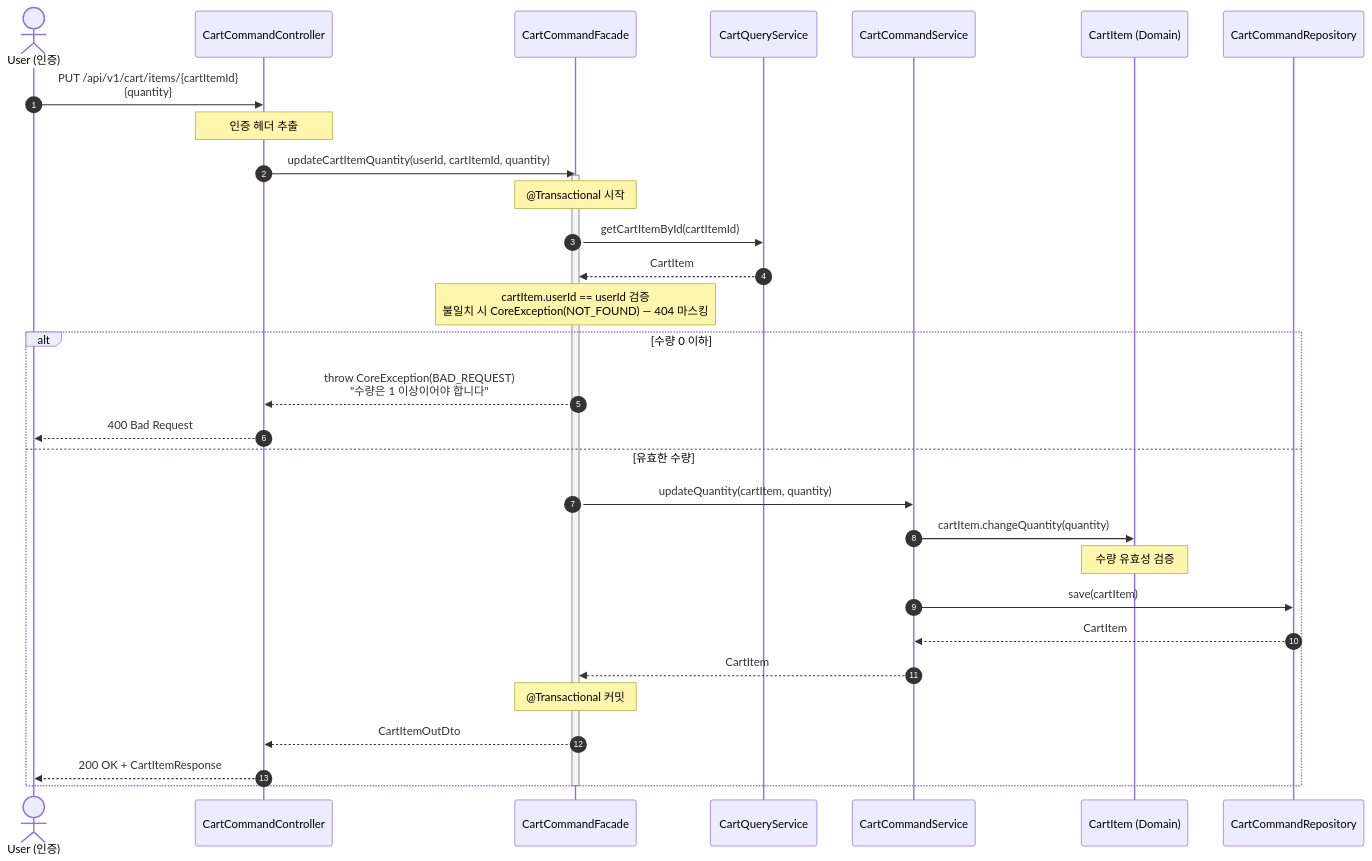
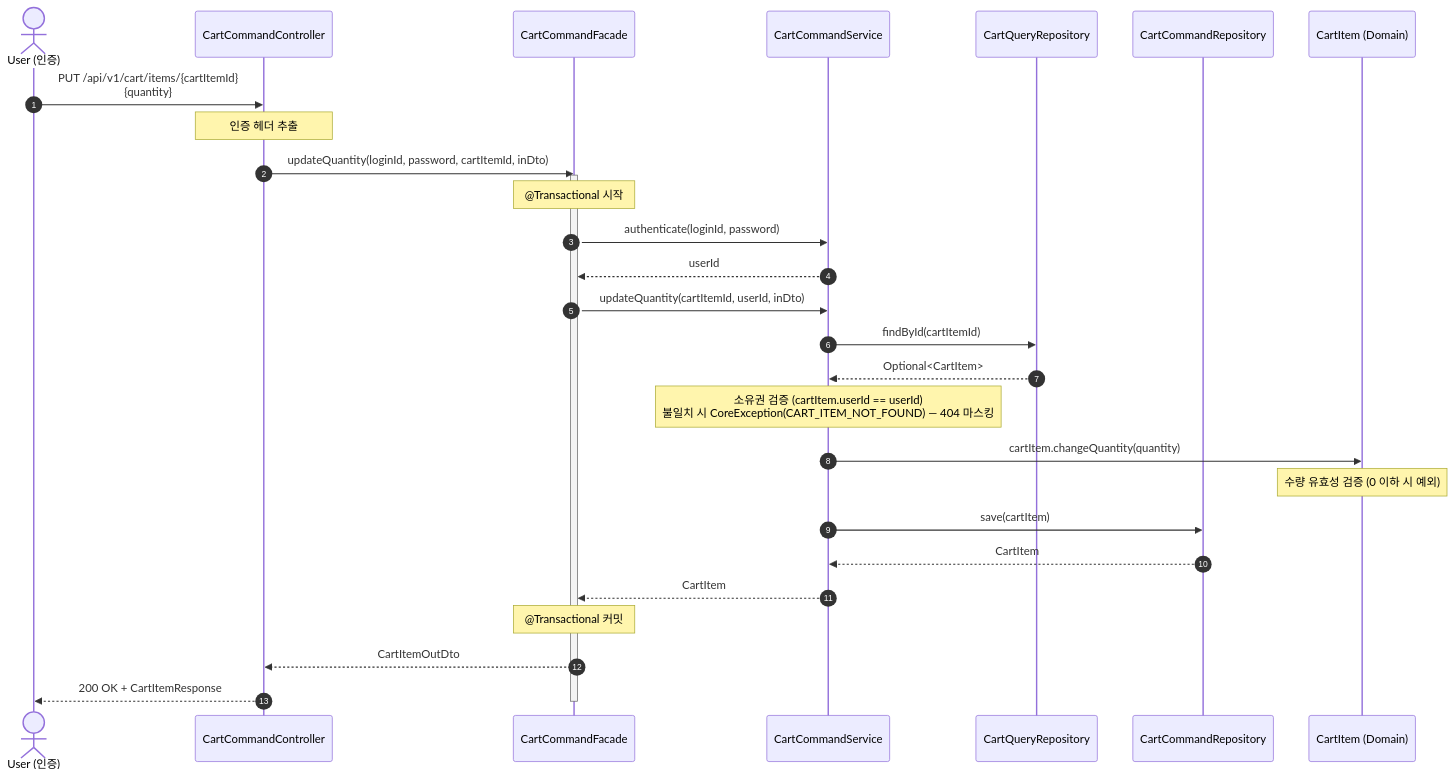
Before and after one commit to Hwan0518/loop-pack-be-l2-vol3-java: diagram 21 of 30 in docs/design/02-sequence-diagrams.md, drawn with Mermaid. The commit also changed other lines of this file and 474 other files, not shown here.

````diff
--- a/docs/design/02-sequence-diagrams.md
+++ b/docs/design/02-sequence-diagrams.md
@@ -871,38 +1058,37 @@
 ```mermaid
 sequenceDiagram
     autonumber
     actor User as User (인증)
     participant Controller as CartCommandController
     participant Facade as CartCommandFacade
-    participant QService as CartQueryService
     participant Service as CartCommandService
+    participant QRepo as CartQueryRepository
+    participant CRepo as CartCommandRepository
     participant CartItem as CartItem (Domain)
-    participant Repository as CartCommandRepository
 
     User->>Controller: PUT /api/v1/cart/items/{cartItemId}<br/>{quantity}
     Note over Controller: 인증 헤더 추출
-    Controller->>Facade: updateCartItemQuantity(userId, cartItemId, quantity)
+    Controller->>Facade: updateQuantity(loginId, password, cartItemId, inDto)
     activate Facade
     Note over Facade: @Transactional 시작
 
-    Facade->>QService: getCartItemById(cartItemId)
-    QService-->>Facade: CartItem
+    Facade->>Service: authenticate(loginId, password)
+    Service-->>Facade: userId
 
-    Note over Facade: cartItem.userId == userId 검증<br/>불일치 시 CoreException(NOT_FOUND) — 404 마스킹
+    Facade->>Service: updateQuantity(cartItemId, userId, inDto)
+    Service->>QRepo: findById(cartItemId)
+    QRepo-->>Service: Optional<CartItem>
 
-    alt 수량 0 이하
-        Facade-->>Controller: throw CoreException(BAD_REQUEST)<br/>"수량은 1 이상이어야 합니다"
-        Controller-->>User: 400 Bad Request
-    else 유효한 수량
-        Facade->>Service: updateQuantity(cartItem, quantity)
-        Service->>CartItem: cartItem.changeQuantity(quantity)
-        Note over CartItem: 수량 유효성 검증
-        Service->>Repository: save(cartItem)
-        Repository-->>Service: CartItem
-        Service-->>Facade: CartItem
-        Note over Facade: @Transactional 커밋
-        Facade-->>Controller: CartItemOutDto
-        Controller-->>User: 200 OK + CartItemResponse
-    end
+    Note over Service: 소유권 검증 (cartItem.userId == userId)<br/>불일치 시 CoreException(CART_ITEM_NOT_FOUND) — 404 마스킹
+
+    Service->>CartItem: cartItem.changeQuantity(quantity)
+    Note over CartItem: 수량 유효성 검증 (0 이하 시 예외)
+    Service->>CRepo: save(cartItem)
+    CRepo-->>Service: CartItem
+    Service-->>Facade: CartItem
+
+    Note over Facade: @Transactional 커밋
+    Facade-->>Controller: CartItemOutDto
+    Controller-->>User: 200 OK + CartItemResponse
     deactivate Facade
 ```
````
